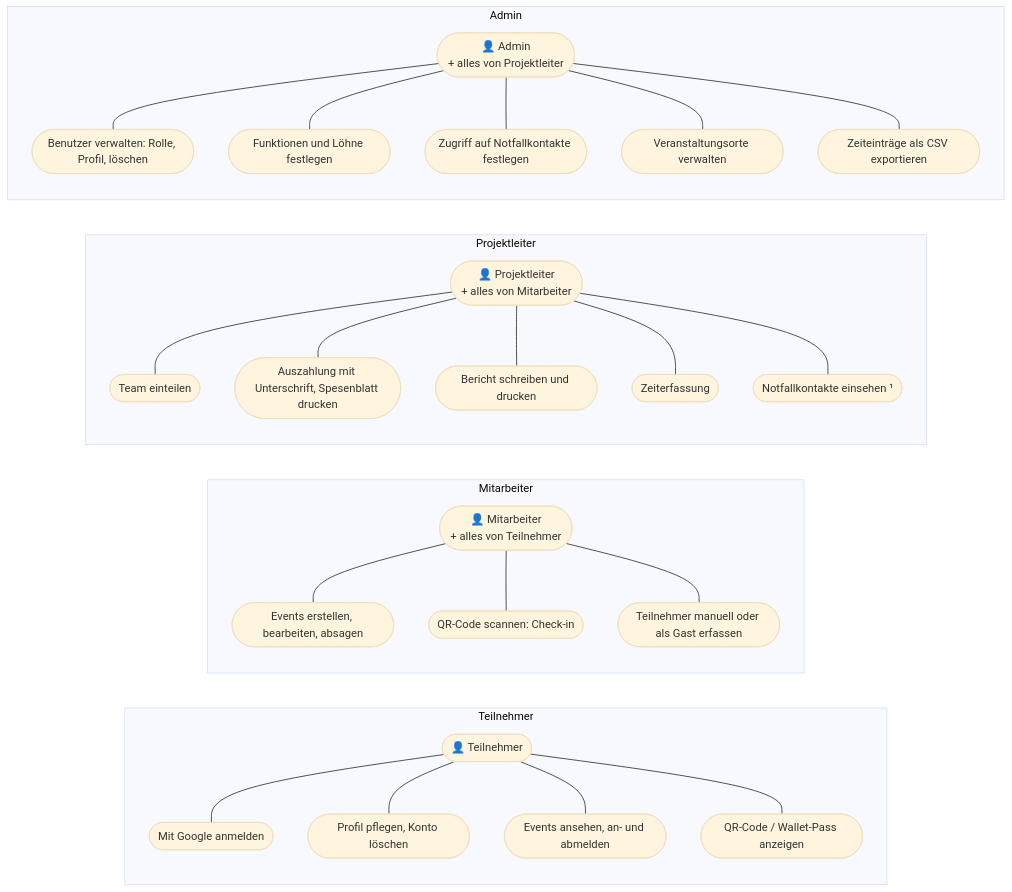
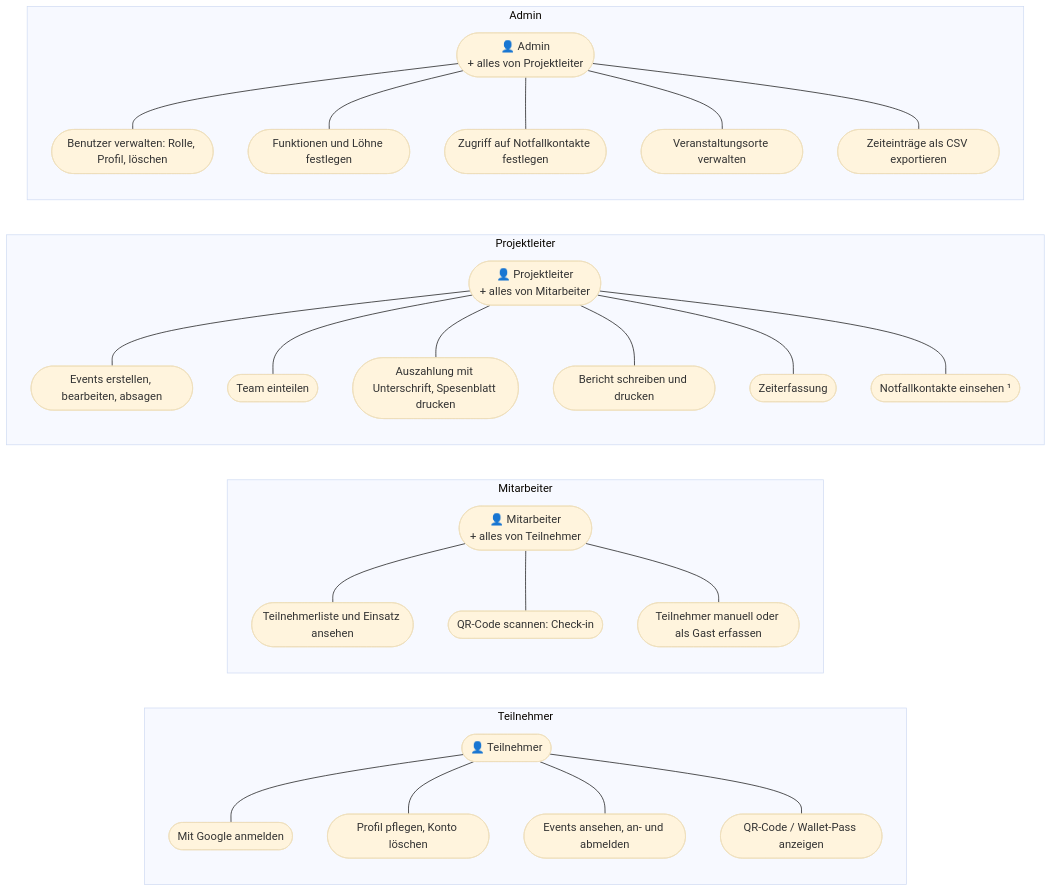
The second of 6 diagrams in docs/architektur.md (tribock/midnightsports), drawn with Mermaid (base theme) before and after one commit. The commit also changed 8 other files, not shown here.

````diff
--- a/docs/architektur.md
+++ b/docs/architektur.md
@@ -38,39 +38,40 @@
 ```mermaid
 flowchart LR
     subgraph RT["Teilnehmer"]
         T(["👤 Teilnehmer"])
         T1([Mit Google anmelden])
         T2([Profil pflegen, Konto löschen])
         T3([Events ansehen, an- und abmelden])
         T4([QR-Code / Wallet-Pass anzeigen])
         T --- T1 & T2 & T3 & T4
     end
 
     subgraph RM["Mitarbeiter"]
         MA(["👤 Mitarbeiter<br/>+ alles von Teilnehmer"])
-        M1([Events erstellen, bearbeiten, absagen])
+        M1([Teilnehmerliste und Einsatz ansehen])
         M2([QR-Code scannen: Check-in])
         M3([Teilnehmer manuell oder als Gast erfassen])
         MA --- M1 & M2 & M3
     end
 
     subgraph RP["Projektleiter"]
         PL(["👤 Projektleiter<br/>+ alles von Mitarbeiter"])
+        P0([Events erstellen, bearbeiten, absagen])
         P1([Team einteilen])
         P2([Auszahlung mit Unterschrift, Spesenblatt drucken])
         P3([Bericht schreiben und drucken])
         P4([Zeiterfassung])
         P5([Notfallkontakte einsehen ¹])
-        PL --- P1 & P2 & P3 & P4 & P5
+        PL --- P0 & P1 & P2 & P3 & P4 & P5
     end
 
     subgraph RA["Admin"]
         A(["👤 Admin<br/>+ alles von Projektleiter"])
         A1([Benutzer verwalten: Rolle, Profil, löschen])
         A2([Funktionen und Löhne festlegen])
         A3([Zugriff auf Notfallkontakte festlegen])
         A4([Veranstaltungsorte verwalten])
         A5([Zeiteinträge als CSV exportieren])
         A --- A1 & A2 & A3 & A4 & A5
     end
 ```
````
